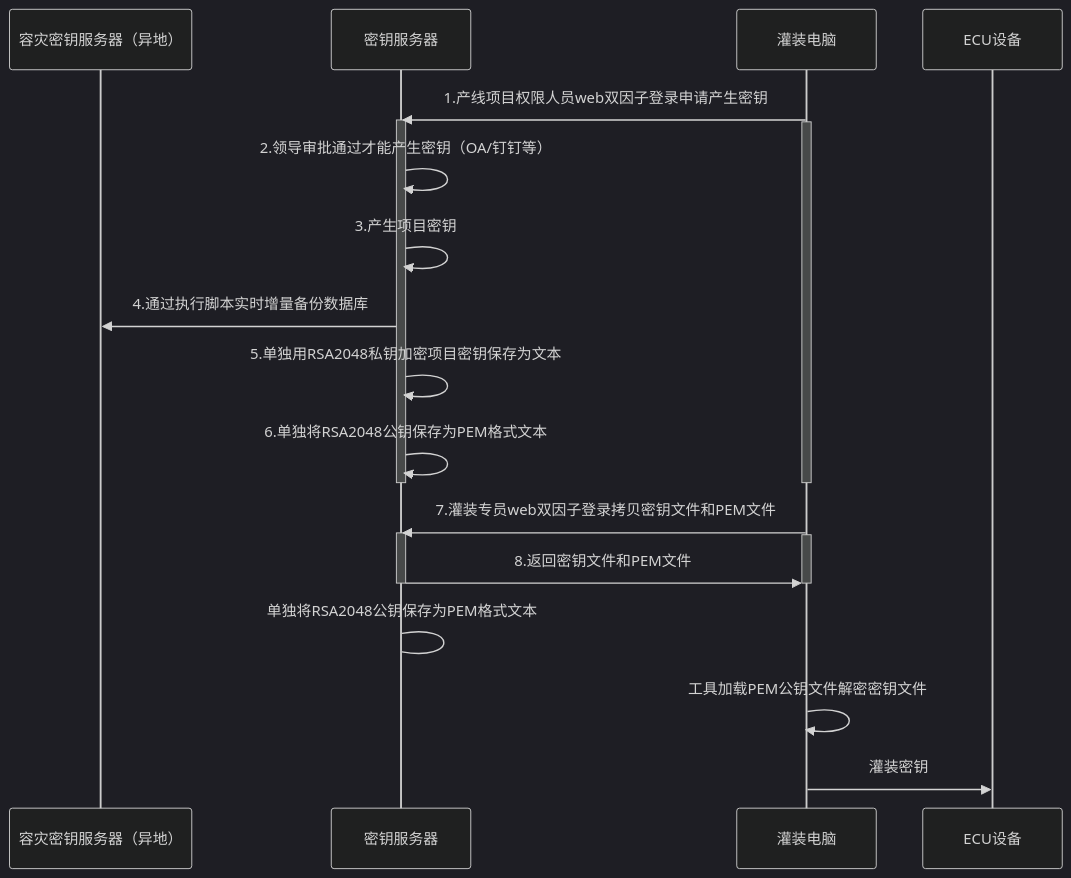
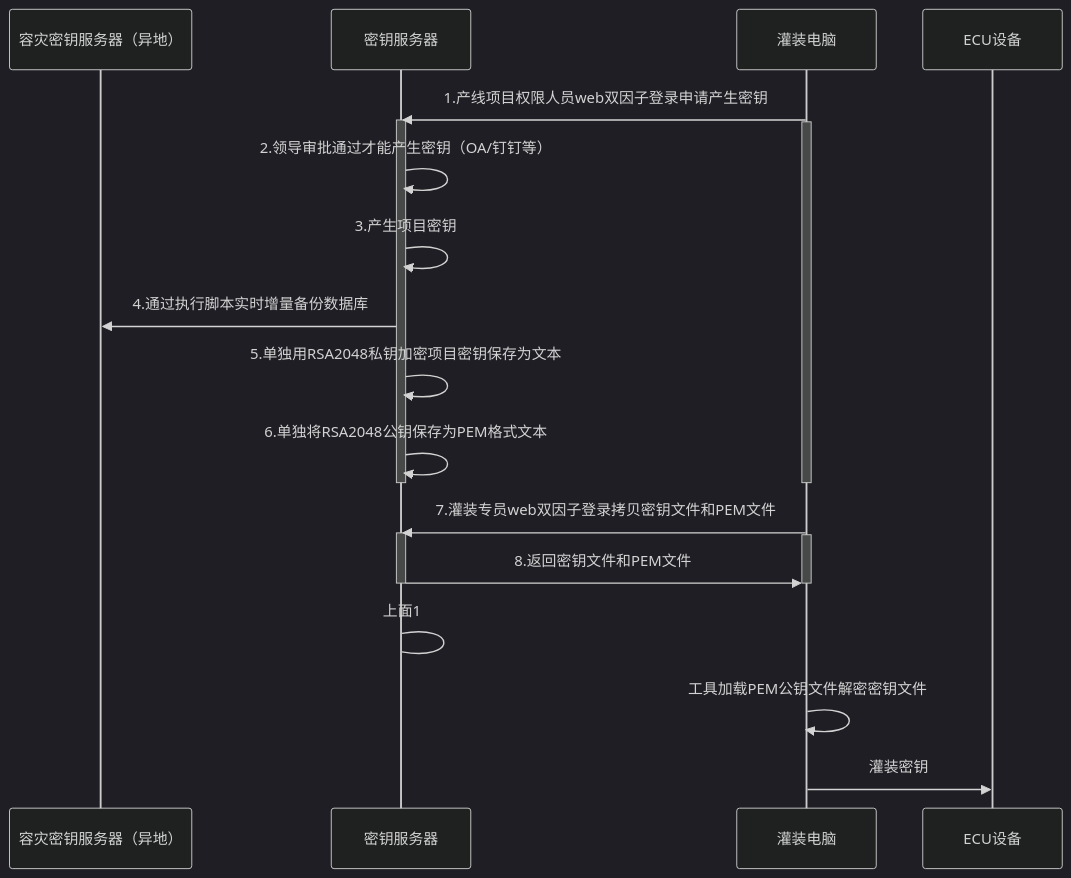
The diagram in all/未命名-15.md (facebook-cloud/iodraw-files), drawn with Mermaid (dark theme) before and after one commit.

Commit message:
2026-02-11 19:53:43 update

````diff
--- a/all/未命名-15.md
+++ b/all/未命名-15.md
@@ -1,32 +1,32 @@
 ```mermaid
 sequenceDiagram
     participant A as 容灾密钥服务器（异地）
     participant B as 密钥服务器
     participant D as 灌装电脑
     participant E as ECU设备
 
     
     D->>B: 1.产线项目权限人员web双因子登录申请产生密钥
     activate B
     activate D
     B->>B: 2.领导审批通过才能产生密钥（OA/钉钉等）
     B->>B: 3.产生项目密钥
     B->>A: 4.通过执行脚本实时增量备份数据库
     B->>B: 5.单独用RSA2048私钥加密项目密钥保存为文本
     B->>B: 6.单独将RSA2048公钥保存为PEM格式文本
     deactivate B
     deactivate D
 
     
     D->>B: 7.灌装专员web双因子登录拷贝密钥文件和PEM文件
     activate B
     activate D
     B->>D: 8.返回密钥文件和PEM文件
     deactivate B
     deactivate D
-    B->B: 单独将RSA2048公钥保存为PEM格式文本
+    B->B: 上面1
 
     D->>D:工具加载PEM公钥文件解密密钥文件
     
     D->>E: 灌装密钥
 ```
````
